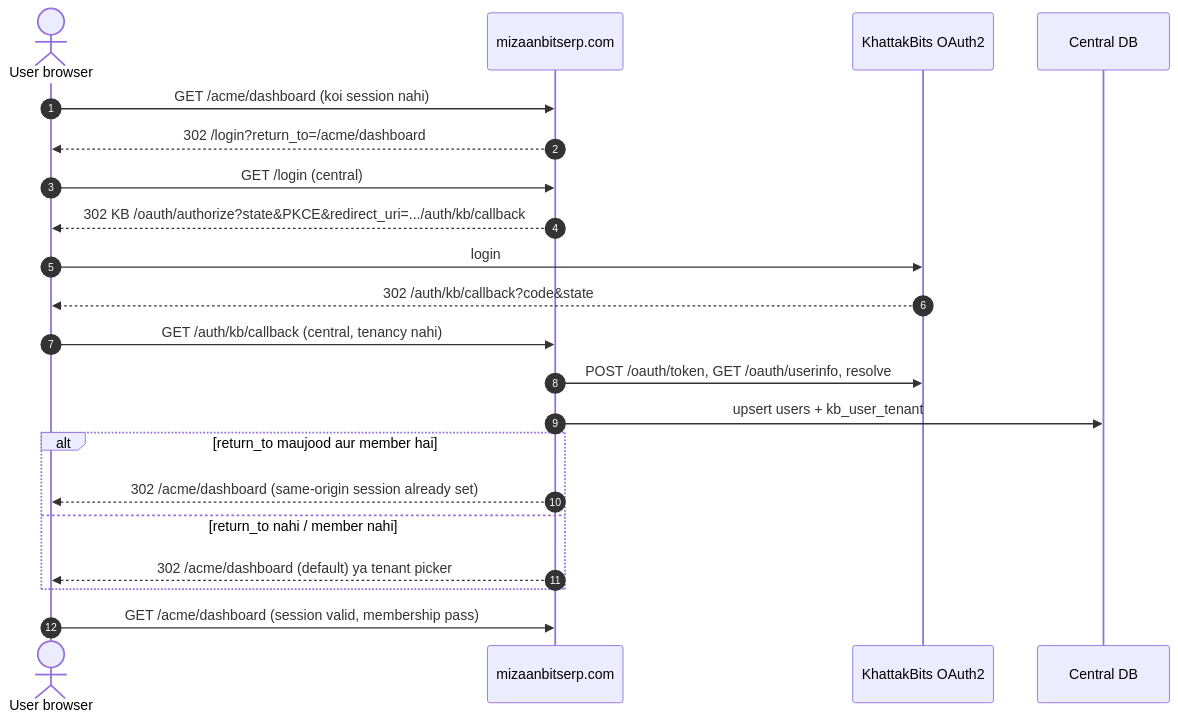
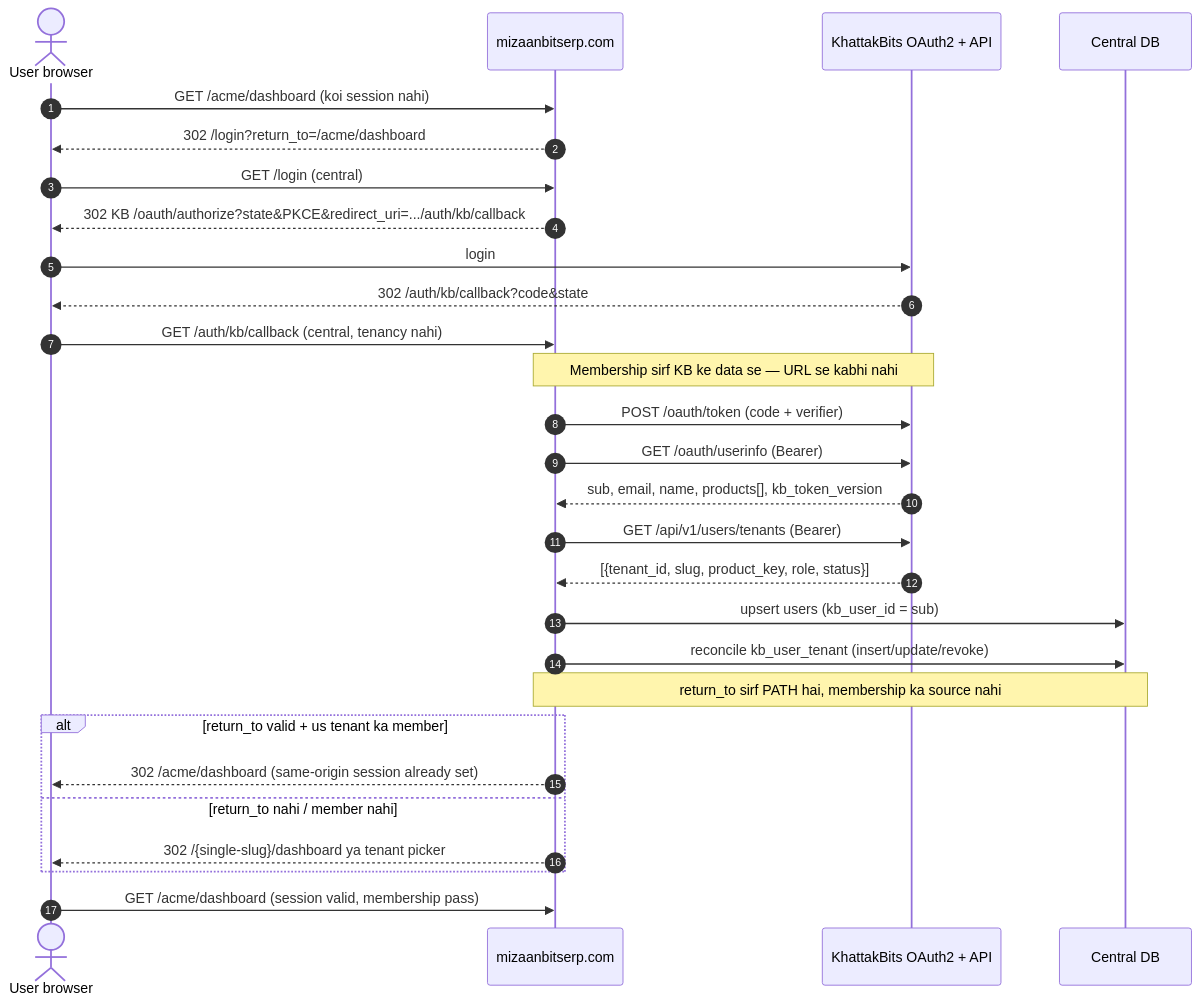
One commit to khattakbits/saas-starter changed the diagram in docs/platform/07-MULTI-TENANCY-DESIGN.md. Above: the diagram before and after it, drawn with Mermaid. The commit also changed other lines of this file, not shown here.

````diff
--- a/docs/platform/07-MULTI-TENANCY-DESIGN.md
+++ b/docs/platform/07-MULTI-TENANCY-DESIGN.md
@@ -448,24 +464,33 @@
 ```mermaid
 sequenceDiagram
     autonumber
     actor U as User browser
     participant P as mizaanbitserp.com
-    participant KB as KhattakBits OAuth2
+    participant KB as KhattakBits OAuth2 + API
     participant DB as Central DB
 
     U->>P: GET /acme/dashboard (koi session nahi)
     P-->>U: 302 /login?return_to=/acme/dashboard
     U->>P: GET /login (central)
     P-->>U: 302 KB /oauth/authorize?state&PKCE&redirect_uri=.../auth/kb/callback
     U->>KB: login
     KB-->>U: 302 /auth/kb/callback?code&state
     U->>P: GET /auth/kb/callback (central, tenancy nahi)
-    P->>KB: POST /oauth/token, GET /oauth/userinfo, resolve
-    P->>DB: upsert users + kb_user_tenant
-    alt return_to maujood aur member hai
+
+    Note over P,KB: Membership sirf KB ke data se — URL se kabhi nahi
+    P->>KB: POST /oauth/token (code + verifier)
+    P->>KB: GET /oauth/userinfo (Bearer)
+    KB-->>P: sub, email, name, products[], kb_token_version
+    P->>KB: GET /api/v1/users/tenants (Bearer)
+    KB-->>P: [{tenant_id, slug, product_key, role, status}]
+    P->>DB: upsert users (kb_user_id = sub)
+    P->>DB: reconcile kb_user_tenant (insert/update/revoke)
+
+    Note over P,DB: return_to sirf PATH hai, membership ka source nahi
+    alt return_to valid + us tenant ka member
         P-->>U: 302 /acme/dashboard (same-origin session already set)
     else return_to nahi / member nahi
-        P-->>U: 302 /acme/dashboard (default) ya tenant picker
+        P-->>U: 302 /{single-slug}/dashboard ya tenant picker
     end
     U->>P: GET /acme/dashboard (session valid, membership pass)
 ```
````
